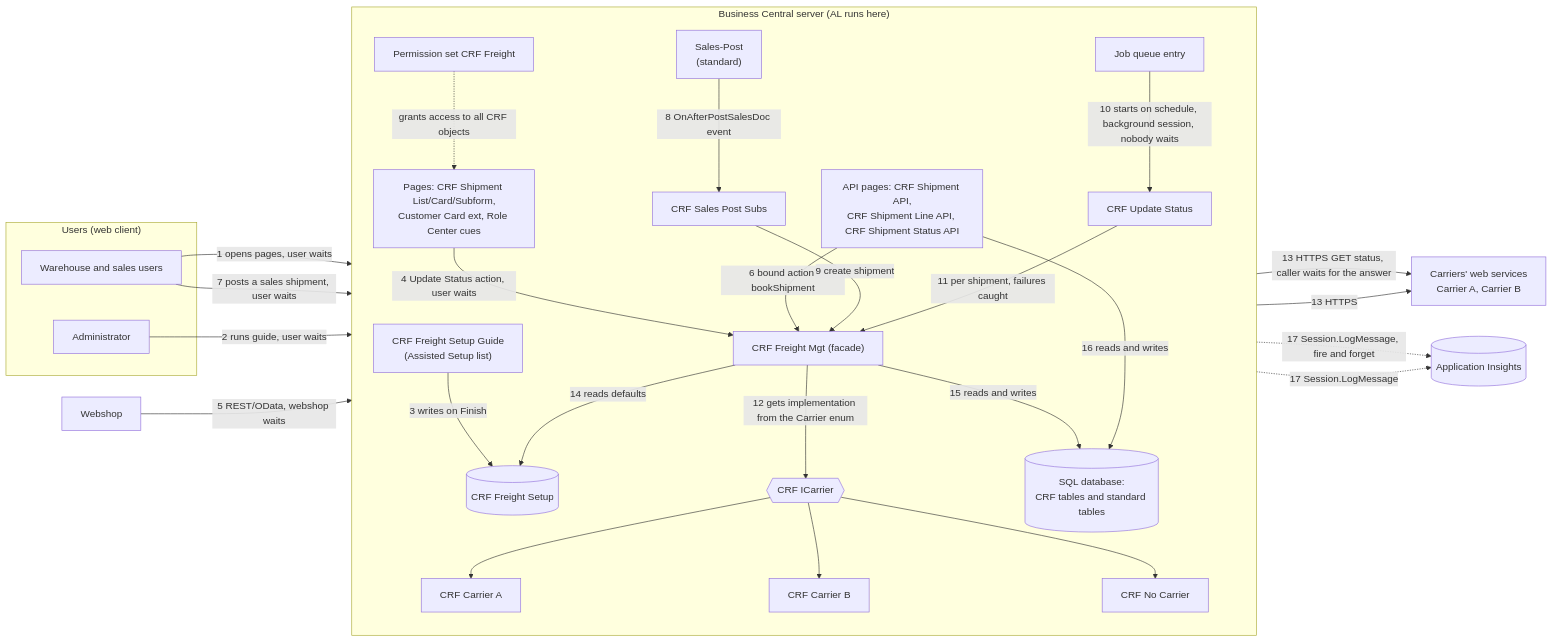
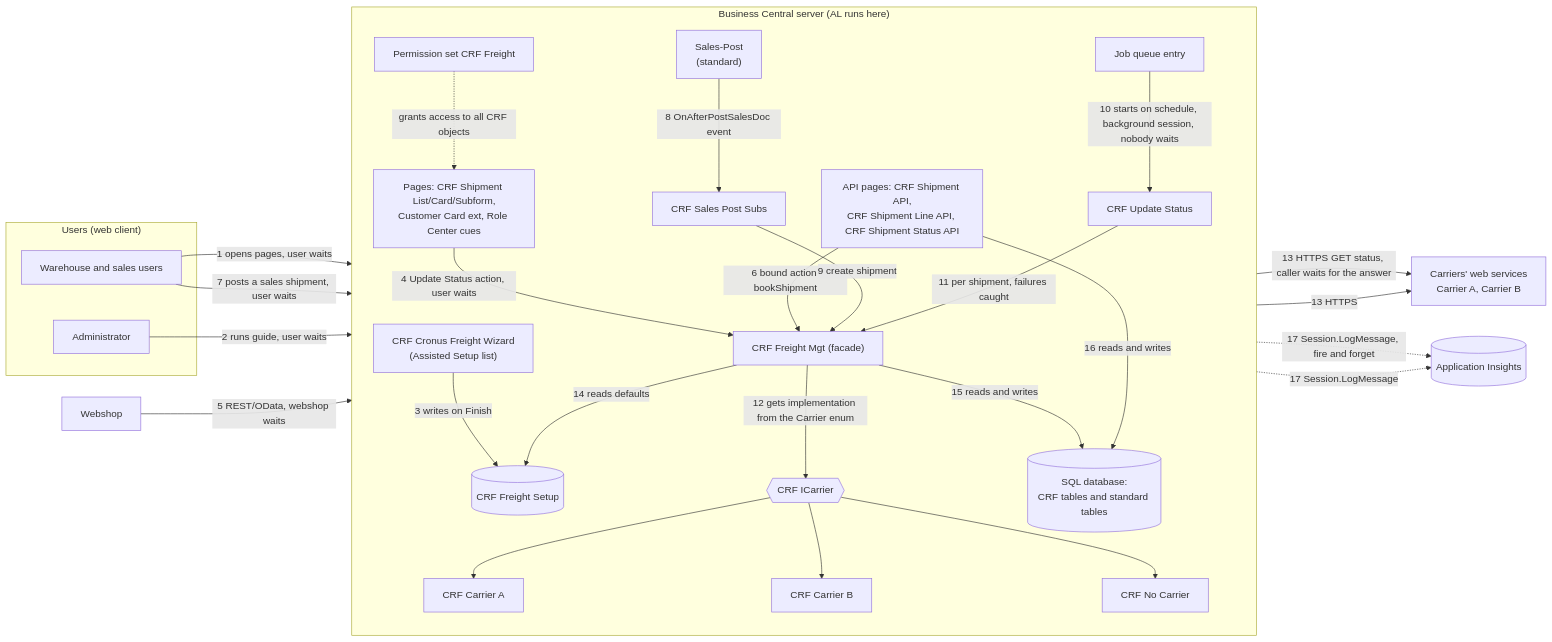
Before and after one commit to RasmusAaenDev/cronus-fragt-mb820: the diagram in docs/design/04-architecture.md, drawn with Mermaid. The commit also changed other lines of this file and 9 other files, not shown here.

First line of the commit message:
Replace the assisted setup guide with CRF Cronus Freight Wizard

````diff
--- a/docs/design/04-architecture.md
+++ b/docs/design/04-architecture.md
@@ -5,53 +5,53 @@
 ```mermaid
 flowchart LR
     subgraph Users["Users (web client)"]
         U[Warehouse and sales users]
         A[Administrator]
     end
     WS[Webshop]
     CAR[Carriers' web services<br/>Carrier A, Carrier B]
     AI[(Application Insights)]
 
     subgraph BC["Business Central server (AL runs here)"]
         direction TB
         PG["Pages: CRF Shipment List/Card/Subform,<br/>Customer Card ext, Role Center cues"]
         SETUP[("CRF Freight Setup")]
-        GUIDE["CRF Freight Setup Guide<br/>(Assisted Setup list)"]
+        GUIDE["CRF Cronus Freight Wizard<br/>(Assisted Setup list)"]
         API["API pages: CRF Shipment API,<br/>CRF Shipment Line API, CRF Shipment Status API"]
         SP["Sales-Post<br/>(standard)"]
         SUBS["CRF Sales Post Subs"]
         JQ["Job queue entry"]
         UPD["CRF Update Status"]
         MGT["CRF Freight Mgt (facade)"]
         ICAR{{"CRF ICarrier"}}
         CA["CRF Carrier A"]
         CB["CRF Carrier B"]
         NC["CRF No Carrier"]
         PS["Permission set CRF Freight"]
         DB[("SQL database:<br/>CRF tables and standard tables")]
     end
 
     U -->|"1 opens pages, user waits"| PG
     A -->|"2 runs guide, user waits"| GUIDE
     GUIDE -->|"3 writes on Finish"| SETUP
     PG -->|"4 Update Status action, user waits"| MGT
     WS -->|"5 REST/OData, webshop waits"| API
     API -->|"6 bound action bookShipment"| MGT
     U -->|"7 posts a sales shipment, user waits"| SP
     SP -->|"8 OnAfterPostSalesDoc event"| SUBS
     SUBS -->|"9 create shipment"| MGT
     JQ -->|"10 starts on schedule, background session, nobody waits"| UPD
     UPD -->|"11 per shipment, failures caught"| MGT
     MGT -->|"12 gets implementation from the Carrier enum"| ICAR
     ICAR --> CA
     ICAR --> CB
     ICAR --> NC
     CA -->|"13 HTTPS GET status, caller waits for the answer"| CAR
     CB -->|"13 HTTPS"| CAR
     MGT -->|"14 reads defaults"| SETUP
     MGT -->|"15 reads and writes"| DB
     API -->|"16 reads and writes"| DB
     MGT -.->|"17 Session.LogMessage, fire and forget"| AI
     UPD -.->|"17 Session.LogMessage"| AI
     PS -.->|"grants access to all CRF objects"| PG
 ```
````
